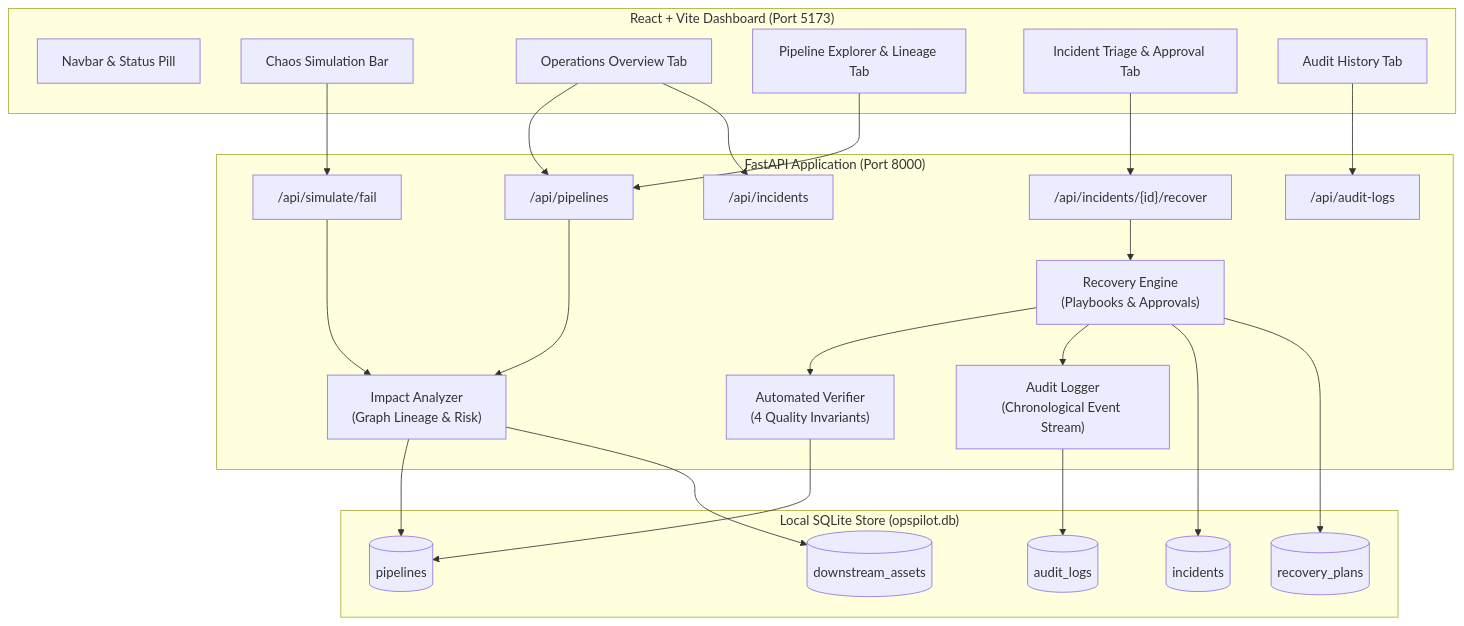
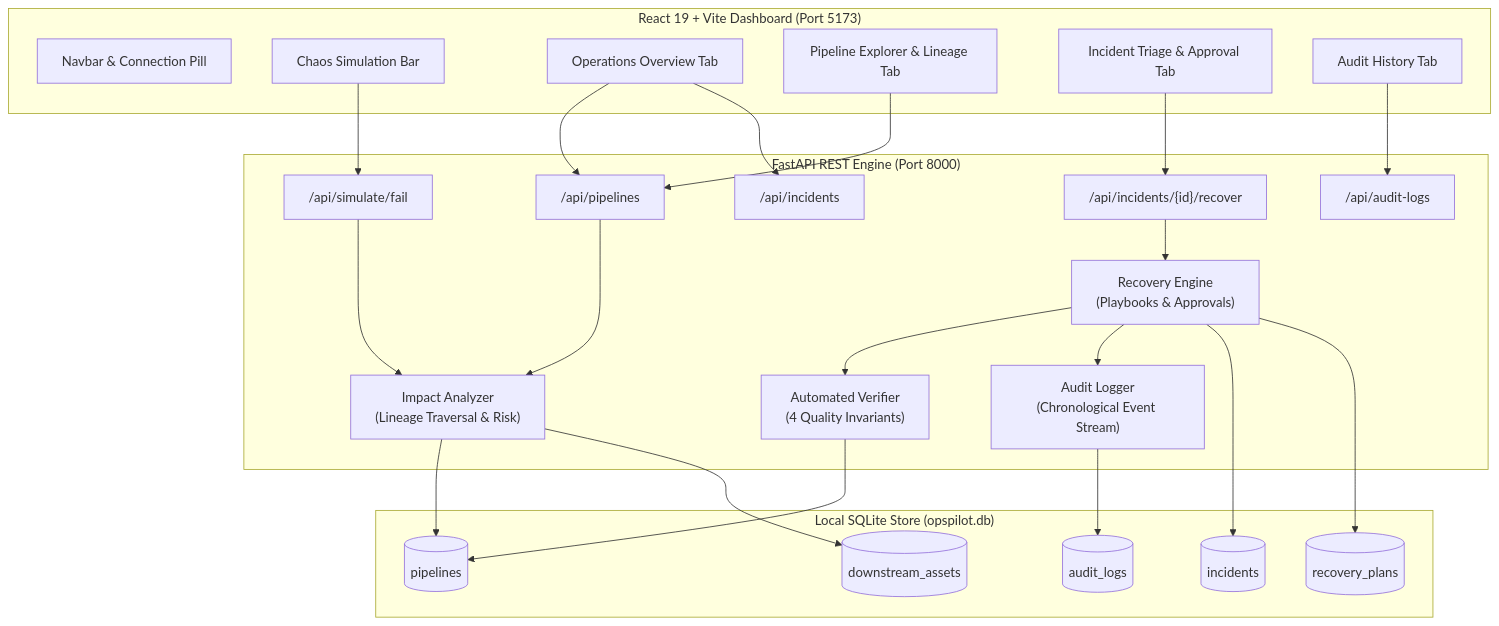
Before and after one commit to saniamactelinap/opspilot-ai: the diagram in README.md, drawn with Mermaid. The commit also changed other lines of this file and 6 other files, not shown here.

````diff
--- a/README.md
+++ b/README.md
@@ -45,52 +37,52 @@
 ```mermaid
 graph TD
-    subgraph Frontend ["React + Vite Dashboard (Port 5173)"]
-        UI_Nav["Navbar & Status Pill"]
+    subgraph Frontend ["React 19 + Vite Dashboard (Port 5173)"]
+        UI_Nav["Navbar & Connection Pill"]
         UI_Sim["Chaos Simulation Bar"]
         UI_Overview["Operations Overview Tab"]
         UI_Explorer["Pipeline Explorer & Lineage Tab"]
         UI_Incident["Incident Triage & Approval Tab"]
         UI_Audit["Audit History Tab"]
     end
 
-    subgraph Backend ["FastAPI Application (Port 8000)"]
+    subgraph Backend ["FastAPI REST Engine (Port 8000)"]
         Router_Pipe["/api/pipelines"]
         Router_Sim["/api/simulate/fail"]
         Router_Inc["/api/incidents"]
         Router_Rec["/api/incidents/{id}/recover"]
         Router_Audit["/api/audit-logs"]
 
-        Svc_Impact["Impact Analyzer<br/>(Graph Lineage & Risk)"]
+        Svc_Impact["Impact Analyzer<br/>(Lineage Traversal & Risk)"]
         Svc_Recovery["Recovery Engine<br/>(Playbooks & Approvals)"]
         Svc_Verifier["Automated Verifier<br/>(4 Quality Invariants)"]
         Svc_Audit["Audit Logger<br/>(Chronological Event Stream)"]
     end
 
     subgraph Database ["Local SQLite Store (opspilot.db)"]
         DB_Pipelines[("pipelines")]
         DB_Assets[("downstream_assets")]
         DB_Incidents[("incidents")]
         DB_Plans[("recovery_plans")]
         DB_Audit[("audit_logs")]
     end
 
     UI_Sim --> Router_Sim
     UI_Overview --> Router_Pipe
     UI_Overview --> Router_Inc
     UI_Explorer --> Router_Pipe
     UI_Incident --> Router_Rec
     UI_Audit --> Router_Audit
 
     Router_Pipe --> Svc_Impact
     Router_Sim --> Svc_Impact
     Router_Rec --> Svc_Recovery
     Svc_Recovery --> Svc_Verifier
     Svc_Recovery --> Svc_Audit
 
     Svc_Impact --> DB_Pipelines
     Svc_Impact --> DB_Assets
     Svc_Recovery --> DB_Incidents
     Svc_Recovery --> DB_Plans
     Svc_Verifier --> DB_Pipelines
     Svc_Audit --> DB_Audit
 ```
````
